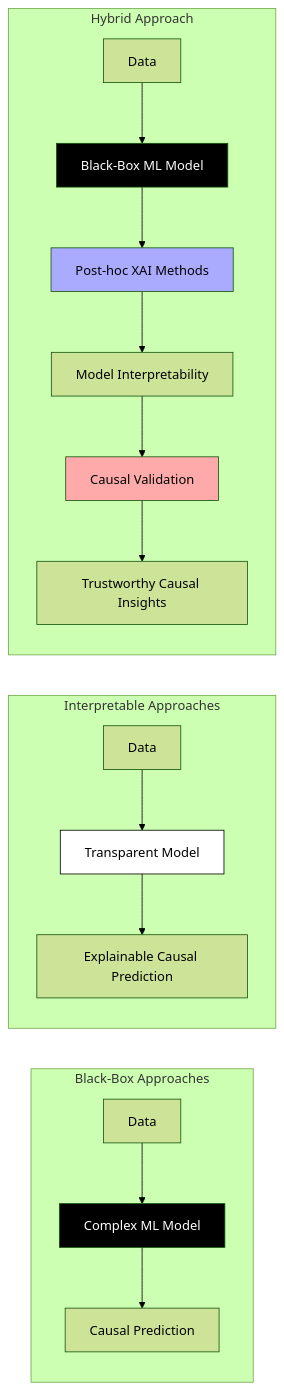
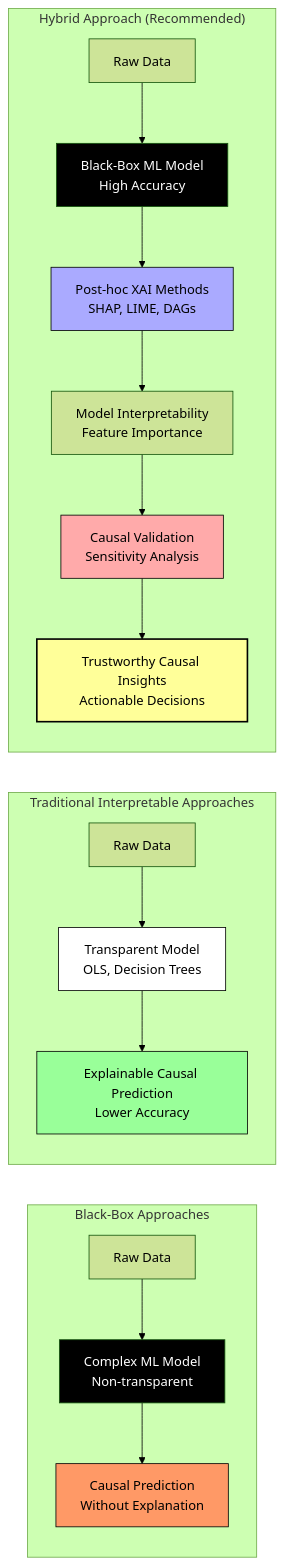
Before and after one commit to FTamas77/Theses_2025: the diagram in interpretable_ml_causal_inference.md, drawn with Mermaid (forest theme). The commit also changed other lines of this file, not shown here.

````diff
--- a/interpretable_ml_causal_inference.md
+++ b/interpretable_ml_causal_inference.md
@@ -26,25 +26,30 @@
 ```mermaid
 graph LR
+    %% Three approaches to causal inference visualization
+    
     subgraph "Black-Box Approaches"
-        A[Data] --> B[Complex ML Model]
-        B --> C[Causal Prediction]
+        A[Raw Data] --> B[Complex ML Model<br>Non-transparent]
+        B --> C[Causal Prediction<br>Without Explanation]
         style B fill:#000,color:#fff
+        style C fill:#f96,stroke:#000
     end
     
-    subgraph "Interpretable Approaches"
-        D[Data] --> E[Transparent Model]
-        E --> F[Explainable Causal Prediction]
+    subgraph "Traditional Interpretable Approaches"
+        D[Raw Data] --> E[Transparent Model<br>OLS, Decision Trees]
+        E --> F[Explainable Causal Prediction<br>Lower Accuracy]
         style E fill:#fff,stroke:#000
+        style F fill:#9f9,stroke:#000
     end
     
-    subgraph "Hybrid Approach"
-        G[Data] --> H[Black-Box ML Model]
-        H --> I[Post-hoc XAI Methods]
-        I --> J[Model Interpretability]
-        J --> K[Causal Validation]
-        K --> L[Trustworthy Causal Insights]
+    subgraph "Hybrid Approach (Recommended)"
+        G[Raw Data] --> H[Black-Box ML Model<br>High Accuracy]
+        H --> I[Post-hoc XAI Methods<br>SHAP, LIME, DAGs]
+        I --> J[Model Interpretability<br>Feature Importance]
+        J --> K[Causal Validation<br>Sensitivity Analysis]
+        K --> L[Trustworthy Causal Insights<br>Actionable Decisions]
         style H fill:#000,color:#fff
-        style I fill:#aaf
-        style K fill:#faa
+        style I fill:#aaf,stroke:#000
+        style K fill:#faa,stroke:#000
+        style L fill:#ff9,stroke:#000,stroke-width:2px
     end
 ```
````
